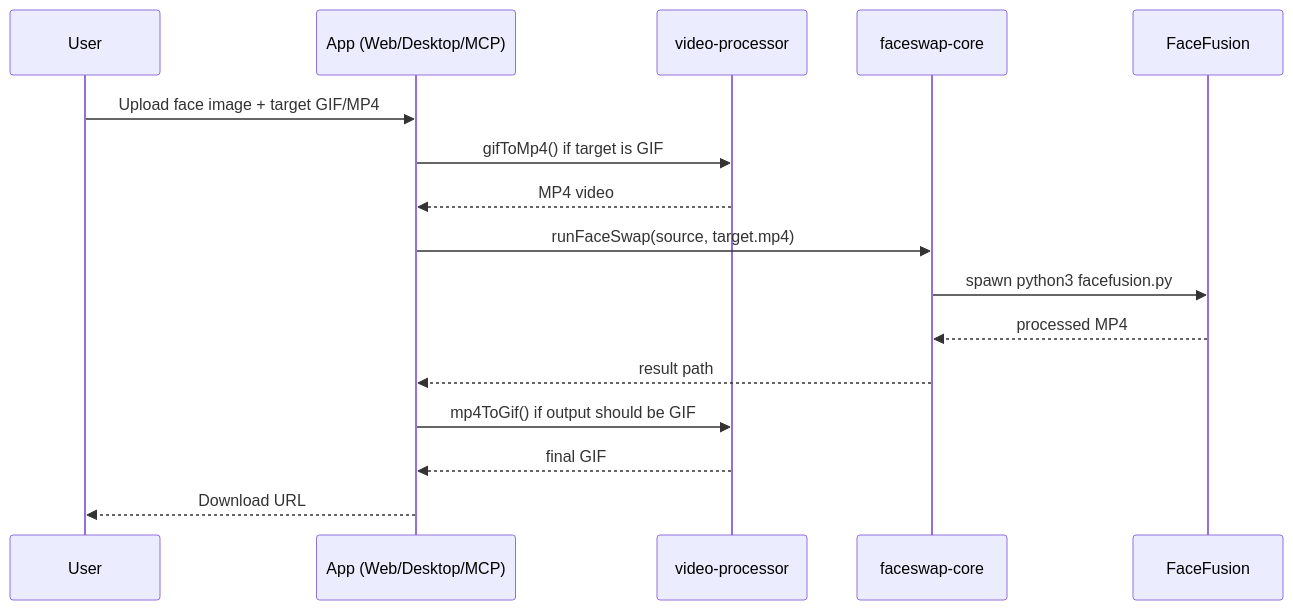
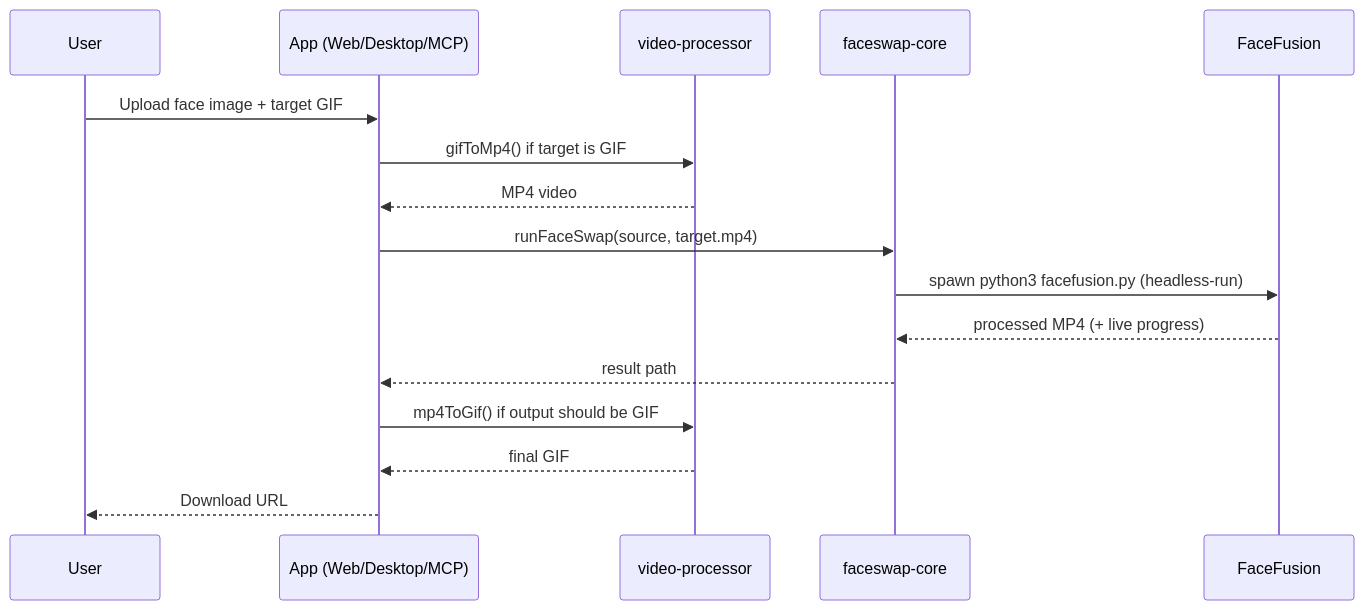
Before and after one commit to Tlahey/meme-swap: the second of 2 diagrams in README.md, drawn with Mermaid. The commit also changed other lines of this file and 14 other files, not shown here.

````diff
--- a/README.md
+++ b/README.md
@@ -84,19 +119,19 @@
 ```mermaid
 sequenceDiagram
     participant U as User
     participant App as App (Web/Desktop/MCP)
     participant VP as video-processor
     participant FC as faceswap-core
     participant FF as FaceFusion
 
-    U->>App: Upload face image + target GIF/MP4
+    U->>App: Upload face image + target GIF
     App->>VP: gifToMp4() if target is GIF
     VP-->>App: MP4 video
     App->>FC: runFaceSwap(source, target.mp4)
-    FC->>FF: spawn python3 facefusion.py
-    FF-->>FC: processed MP4
+    FC->>FF: spawn python3 facefusion.py (headless-run)
+    FF-->>FC: processed MP4 (+ live progress)
     FC-->>App: result path
     App->>VP: mp4ToGif() if output should be GIF
     VP-->>App: final GIF
     App-->>U: Download URL
 ```
````
